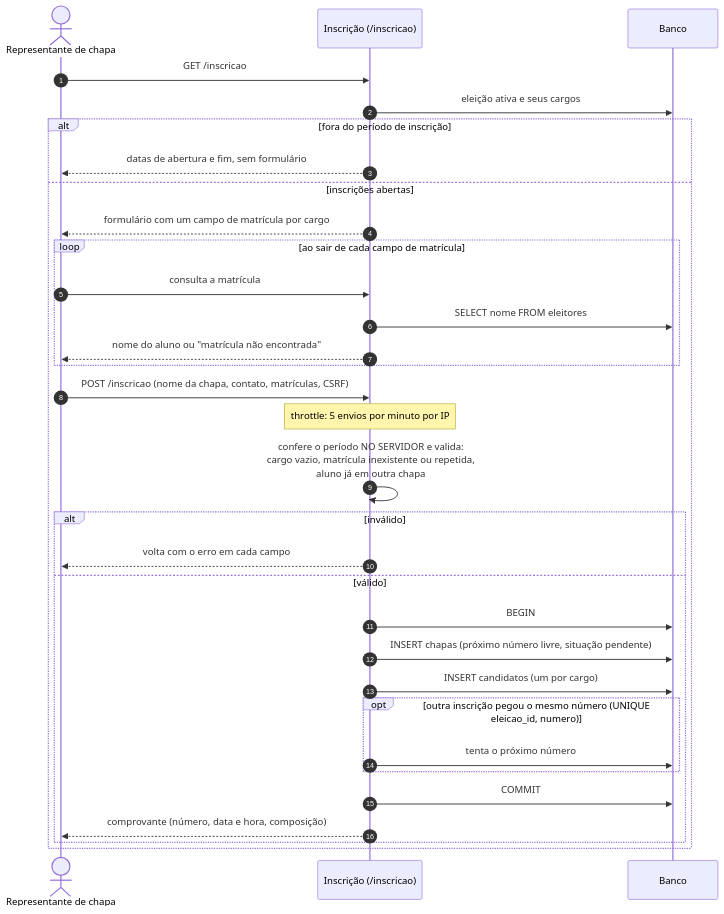
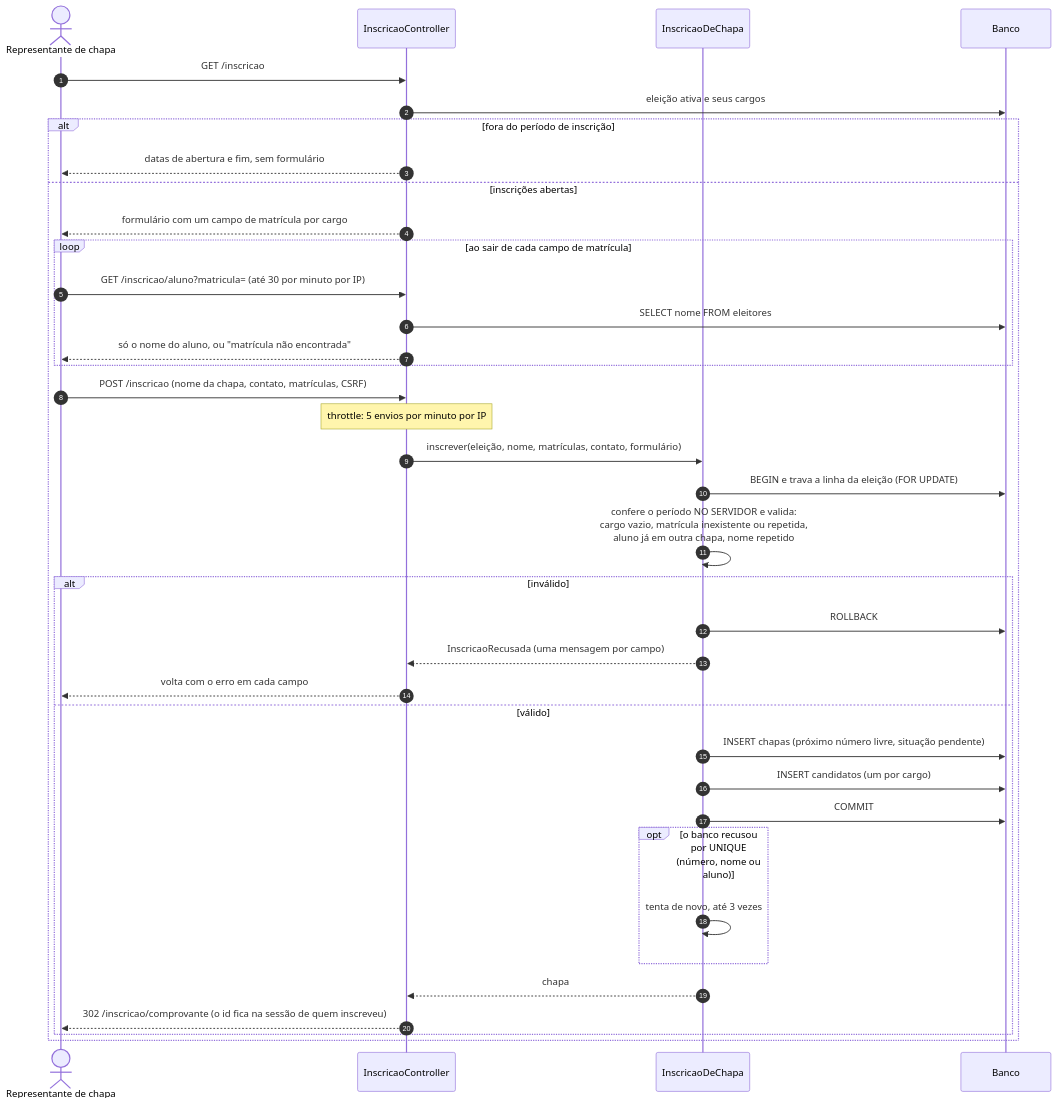
Before and after one commit to prof-ronildo-unicatolica/votacao-digitech: the sixth of 8 diagrams in docs/DIAGRAMAS.md, drawn with Mermaid. The commit also changed other lines of this file and 20 other files, not shown here.

First line of the commit message:
feat: inscrição pública de chapa pelo formulário (H14)

````diff
--- a/docs/DIAGRAMAS.md
+++ b/docs/DIAGRAMAS.md
@@ -212,35 +212,40 @@
 ```mermaid
 sequenceDiagram
     autonumber
     actor R as Representante de chapa
-    participant F as Inscrição (/inscricao)
+    participant F as InscricaoController
+    participant I as InscricaoDeChapa
     participant DB as Banco
 
     R->>F: GET /inscricao
     F->>DB: eleição ativa e seus cargos
     alt fora do período de inscrição
         F-->>R: datas de abertura e fim, sem formulário
     else inscrições abertas
         F-->>R: formulário com um campo de matrícula por cargo
         loop ao sair de cada campo de matrícula
-            R->>F: consulta a matrícula
+            R->>F: GET /inscricao/aluno?matricula= (até 30 por minuto por IP)
             F->>DB: SELECT nome FROM eleitores
-            F-->>R: nome do aluno ou "matrícula não encontrada"
+            F-->>R: só o nome do aluno, ou "matrícula não encontrada"
         end
         R->>F: POST /inscricao (nome da chapa, contato, matrículas, CSRF)
         Note over F: throttle: 5 envios por minuto por IP
-        F->>F: confere o período NO SERVIDOR e valida:<br/>cargo vazio, matrícula inexistente ou repetida,<br/>aluno já em outra chapa
+        F->>I: inscrever(eleição, nome, matrículas, contato, formulário)
+        I->>DB: BEGIN e trava a linha da eleição (FOR UPDATE)
+        I->>I: confere o período NO SERVIDOR e valida:<br/>cargo vazio, matrícula inexistente ou repetida,<br/>aluno já em outra chapa, nome repetido
         alt inválido
+            I->>DB: ROLLBACK
+            I-->>F: InscricaoRecusada (uma mensagem por campo)
             F-->>R: volta com o erro em cada campo
         else válido
-            F->>DB: BEGIN
-            F->>DB: INSERT chapas (próximo número livre, situação pendente)
-            F->>DB: INSERT candidatos (um por cargo)
-            opt outra inscrição pegou o mesmo número (UNIQUE eleicao_id, numero)
-                F->>DB: tenta o próximo número
+            I->>DB: INSERT chapas (próximo número livre, situação pendente)
+            I->>DB: INSERT candidatos (um por cargo)
+            I->>DB: COMMIT
+            opt o banco recusou por UNIQUE (número, nome ou aluno)
+                I->>I: tenta de novo, até 3 vezes
             end
-            F->>DB: COMMIT
-            F-->>R: comprovante (número, data e hora, composição)
+            I-->>F: chapa
+            F-->>R: 302 /inscricao/comprovante (o id fica na sessão de quem inscreveu)
         end
     end
 ```
````
